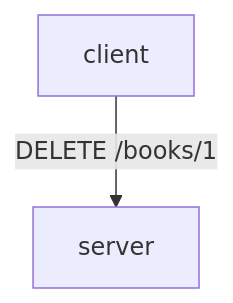
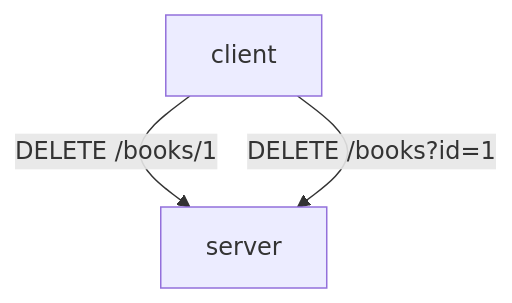
One commit to wkktoria/Bookify changed the third of 3 diagrams in README.md. Above: the diagram before and after it, drawn with Mermaid. The commit also changed 1 other file, not shown here.

Commit message:
Implement DELETE endpoints

````diff
--- a/README.md
+++ b/README.md
@@ -34,4 +34,5 @@
 ```mermaid
 flowchart TD
     client -->|DELETE /books/1| server
+    client -->|DELETE /books?id=1| server
 ```
````
